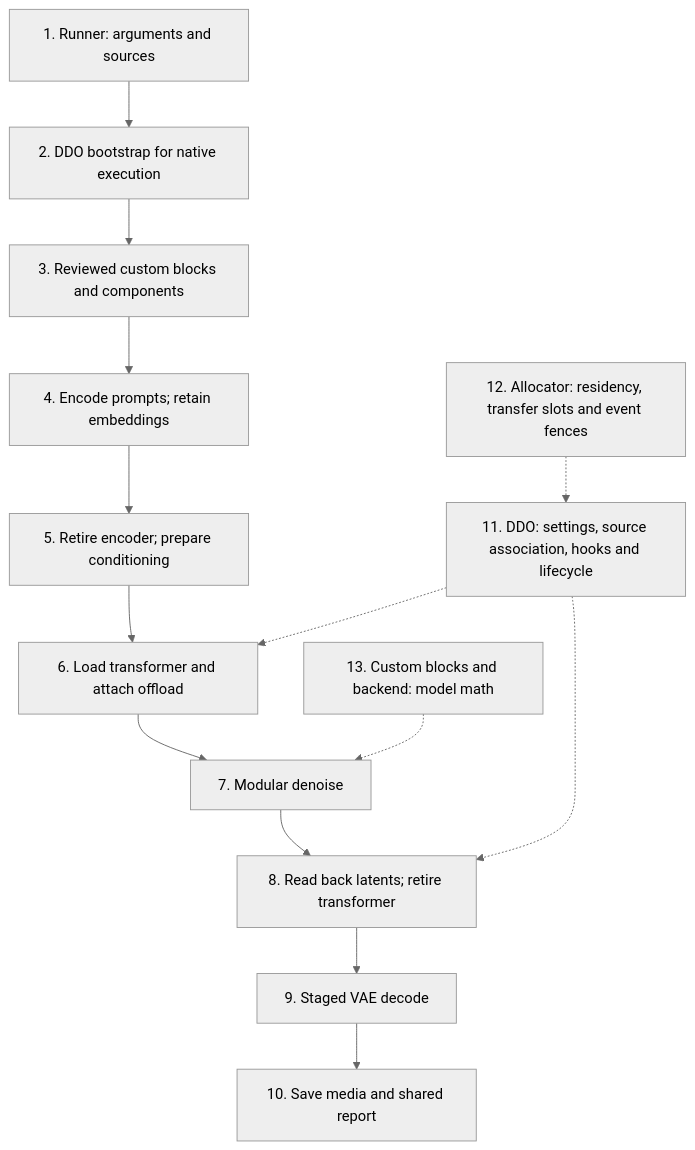
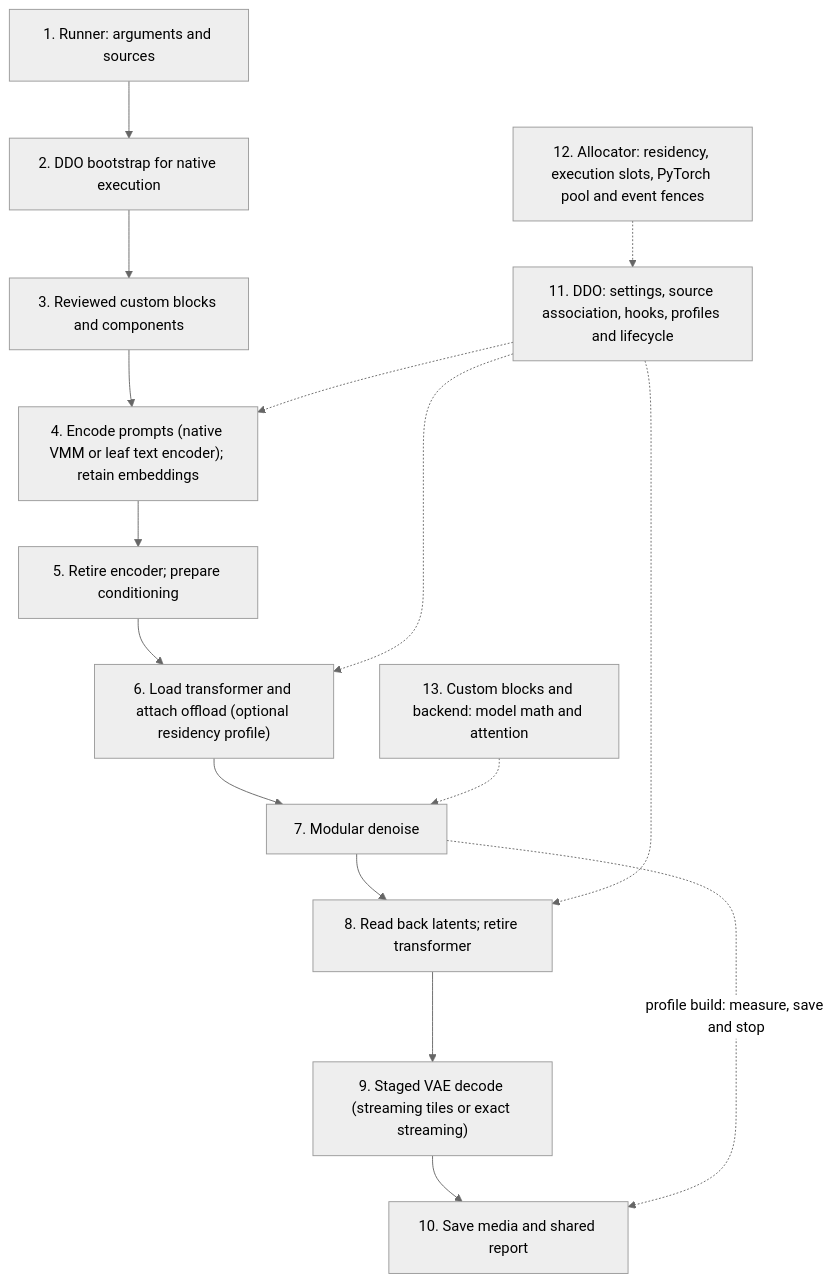
The diagram in docs/developer/architecture.md (DEVAIEXP/ddo-examples), drawn with Mermaid (neutral theme) before and after one commit. The commit also changed other lines of this file and 7 other files, not shown here.

First line of the commit message:
Add VMM residency profiles to the LTX video VMM runners

````diff
--- a/docs/developer/architecture.md
+++ b/docs/developer/architecture.md
@@ -9,16 +9,18 @@
 ```mermaid
 flowchart TD
     CLI["1. Runner: arguments and sources"] --> BOOT["2. DDO bootstrap for native execution"]
     BOOT --> CODE["3. Reviewed custom blocks and components"]
-    CODE --> ENCODE["4. Encode prompts; retain embeddings"]
+    CODE --> ENCODE["4. Encode prompts (native VMM or leaf text encoder); retain embeddings"]
     ENCODE --> AUX["5. Retire encoder; prepare conditioning"]
-    AUX --> LOAD["6. Load transformer and attach offload"]
+    AUX --> LOAD["6. Load transformer and attach offload (optional residency profile)"]
     LOAD --> DENOISE["7. Modular denoise"]
     DENOISE --> RETIRE["8. Read back latents; retire transformer"]
-    RETIRE --> DECODE["9. Staged VAE decode"]
+    RETIRE --> DECODE["9. Staged VAE decode (streaming tiles or exact streaming)"]
     DECODE --> OUTPUT["10. Save media and shared report"]
-    POLICY["11. DDO: settings, source association, hooks and lifecycle"] -.-> LOAD
+    POLICY["11. DDO: settings, source association, hooks, profiles and lifecycle"] -.-> LOAD
+    POLICY -.-> ENCODE
     POLICY -.-> RETIRE
-    NATIVE["12. Allocator: residency, transfer slots and event fences"] -.-> POLICY
-    MATH["13. Custom blocks and backend: model math"] -.-> DENOISE
+    NATIVE["12. Allocator: residency, execution slots, PyTorch pool and event fences"] -.-> POLICY
+    MATH["13. Custom blocks and backend: model math and attention"] -.-> DENOISE
+    DENOISE -. "profile build: measure, save and stop" .-> OUTPUT
 ```
````
